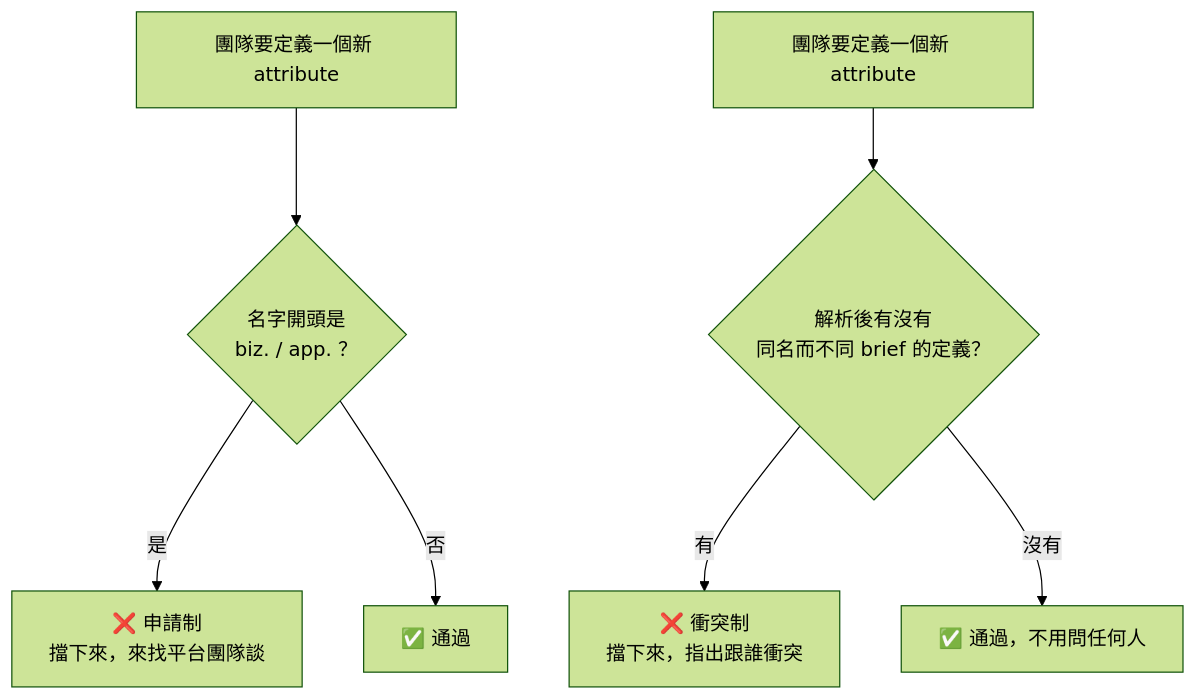
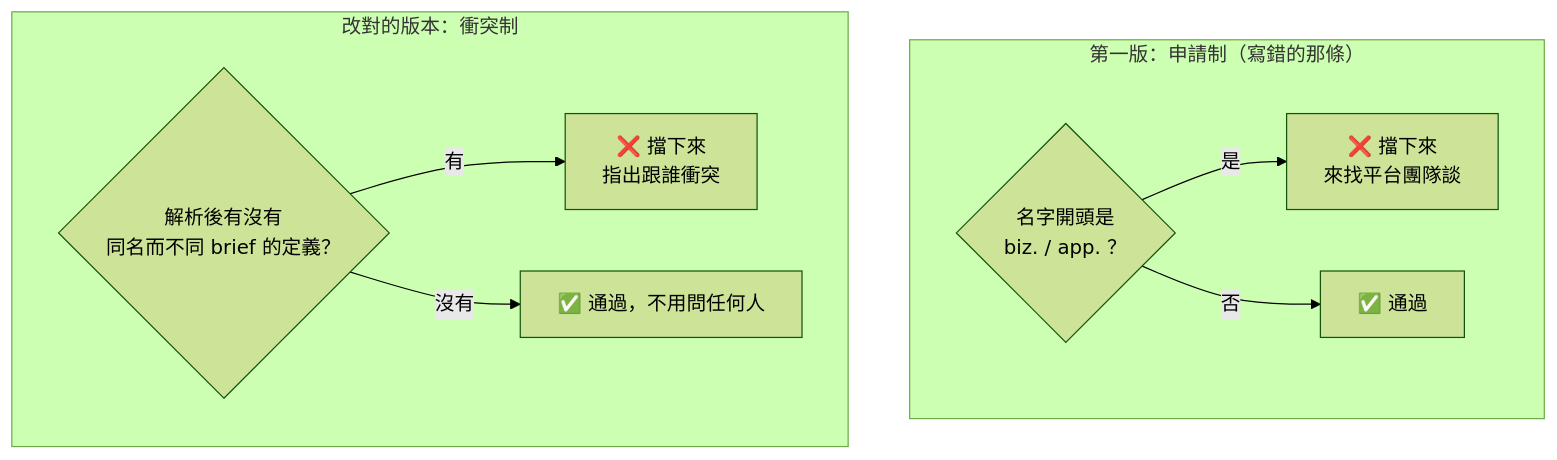
One commit to tedmax100/o11y-bench changed the third of 3 diagrams in weaver-demo/ironman-2026/day08.md. Above: the diagram before and after it, drawn with Mermaid (forest theme). The commit also changed other lines of this file and 1 other file, not shown here.

````diff
--- a/weaver-demo/ironman-2026/day08.md
+++ b/weaver-demo/ironman-2026/day08.md
@@ -333,10 +357,14 @@
 ```mermaid
 flowchart TD
-    A["團隊要定義一個新 attribute"] --> Q1{"名字開頭是<br/>biz. / app. ？"}
-    Q1 -->|"是"| V1["❌ 申請制<br/>擋下來，來找平台團隊談"]
-    Q1 -->|"否"| OK1["✅ 通過"]
+    subgraph P1["第一版：申請制（寫錯的那條）"]
+        Q1{"名字開頭是<br/>biz. / app. ？"}
+        Q1 -->|"是"| V1["❌ 擋下來<br/>來找平台團隊談"]
+        Q1 -->|"否"| OK1["✅ 通過"]
+    end
 
-    A2["團隊要定義一個新 attribute"] --> Q2{"解析後有沒有<br/>同名而不同 brief 的定義？"}
-    Q2 -->|"有"| V2["❌ 衝突制<br/>擋下來，指出跟誰衝突"]
-    Q2 -->|"沒有"| OK2["✅ 通過，不用問任何人"]
+    subgraph P2["改對的版本：衝突制"]
+        Q2{"解析後有沒有<br/>同名而不同 brief 的定義？"}
+        Q2 -->|"有"| V2["❌ 擋下來<br/>指出跟誰衝突"]
+        Q2 -->|"沒有"| OK2["✅ 通過，不用問任何人"]
+    end
 ```
````
